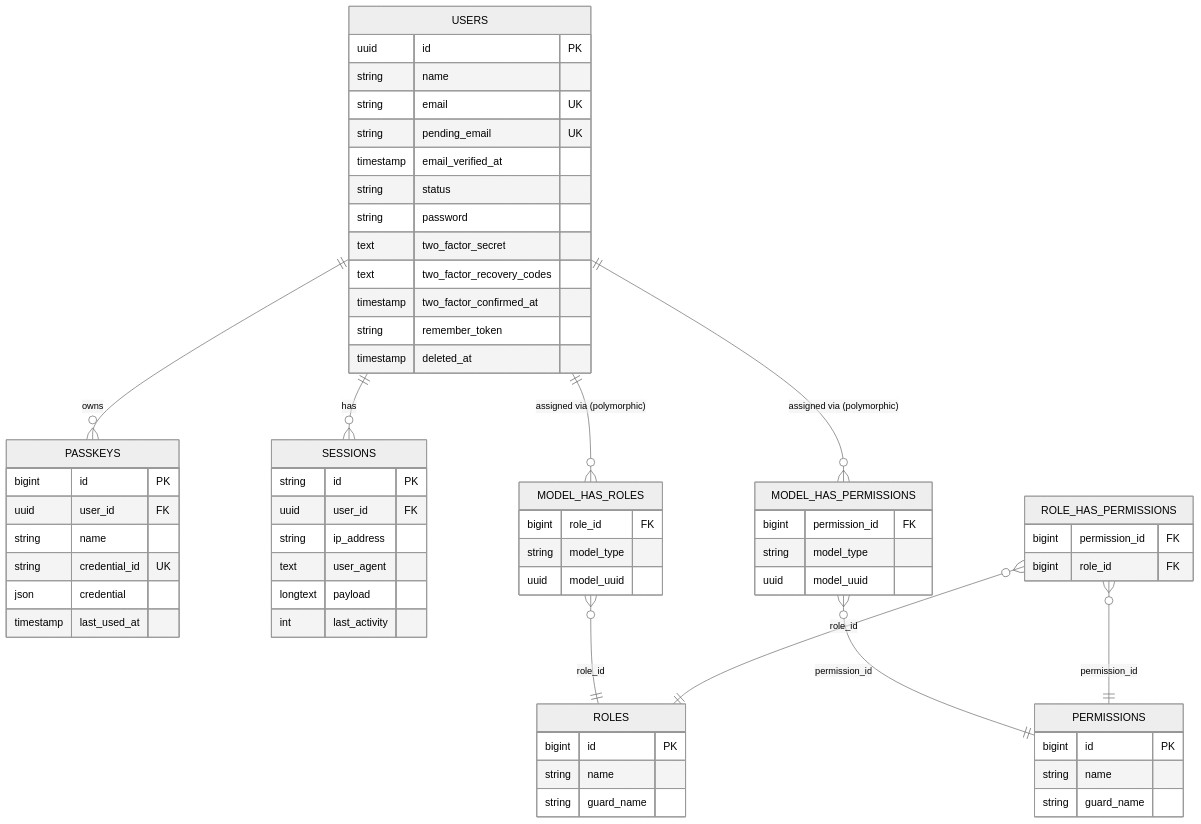
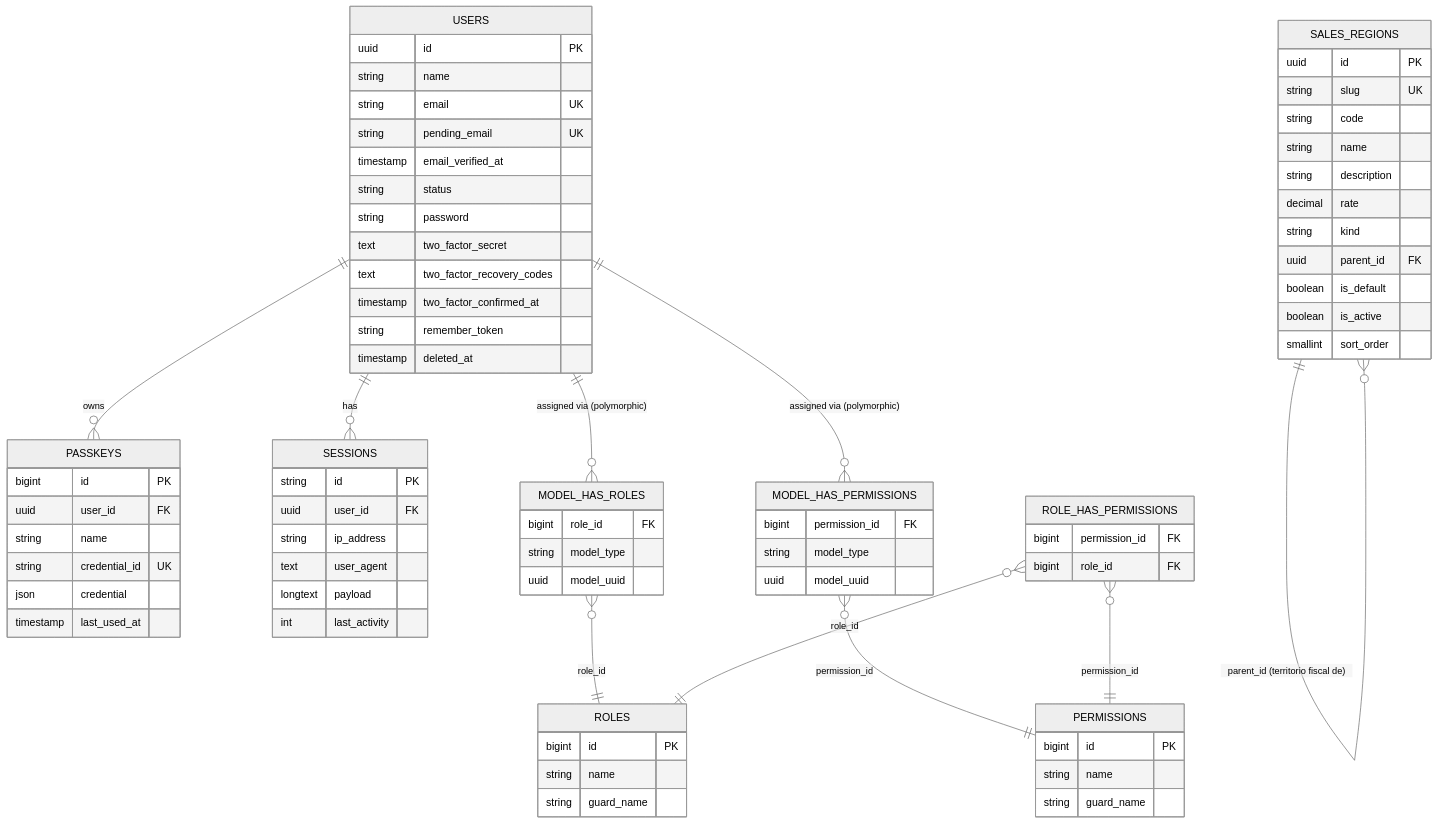
The second of 2 diagrams in readme.md (LIDR-academy/AI4Devs-finalproject), drawn with Mermaid (neutral theme) before and after one commit. The commit also changed other lines of this file and 12 other files, not shown here.

````diff
--- a/readme.md
+++ b/readme.md
@@ -436,66 +449,80 @@
 ```mermaid
 erDiagram
     USERS ||--o{ PASSKEYS : owns
     USERS ||--o{ SESSIONS : has
     USERS ||--o{ MODEL_HAS_ROLES : "assigned via (polymorphic)"
     USERS ||--o{ MODEL_HAS_PERMISSIONS : "assigned via (polymorphic)"
     MODEL_HAS_ROLES }o--|| ROLES : role_id
     MODEL_HAS_PERMISSIONS }o--|| PERMISSIONS : permission_id
     ROLE_HAS_PERMISSIONS }o--|| ROLES : role_id
     ROLE_HAS_PERMISSIONS }o--|| PERMISSIONS : permission_id
+    SALES_REGIONS ||--o{ SALES_REGIONS : "parent_id (territorio fiscal de)"
 
     USERS {
         uuid id PK
         string name
         string email UK
         string pending_email UK
         timestamp email_verified_at
         string status
         string password
         text two_factor_secret
         text two_factor_recovery_codes
         timestamp two_factor_confirmed_at
         string remember_token
         timestamp deleted_at
     }
     PASSKEYS {
         bigint id PK
         uuid user_id FK
         string name
         string credential_id UK
         json credential
         timestamp last_used_at
     }
     SESSIONS {
         string id PK
         uuid user_id FK
         string ip_address
         text user_agent
         longtext payload
         int last_activity
     }
     ROLES {
         bigint id PK
         string name
         string guard_name
     }
     PERMISSIONS {
         bigint id PK
         string name
         string guard_name
     }
     MODEL_HAS_ROLES {
         bigint role_id FK
         string model_type
         uuid model_uuid
     }
     MODEL_HAS_PERMISSIONS {
         bigint permission_id FK
         string model_type
         uuid model_uuid
     }
     ROLE_HAS_PERMISSIONS {
         bigint permission_id FK
         bigint role_id FK
     }
+    SALES_REGIONS {
+        uuid id PK
+        string slug UK
+        string code
+        string name
+        string description
+        decimal rate
+        string kind
+        uuid parent_id FK
+        boolean is_default
+        boolean is_active
+        smallint sort_order
+    }
 ```
````
